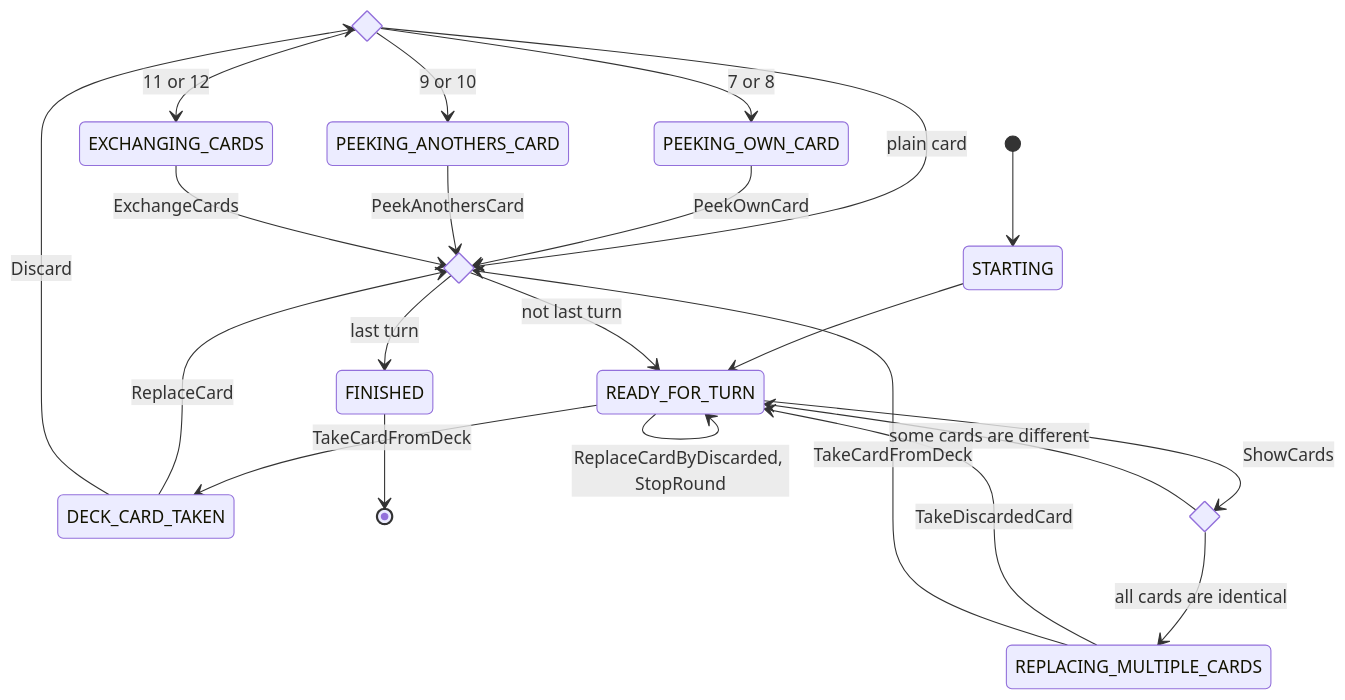
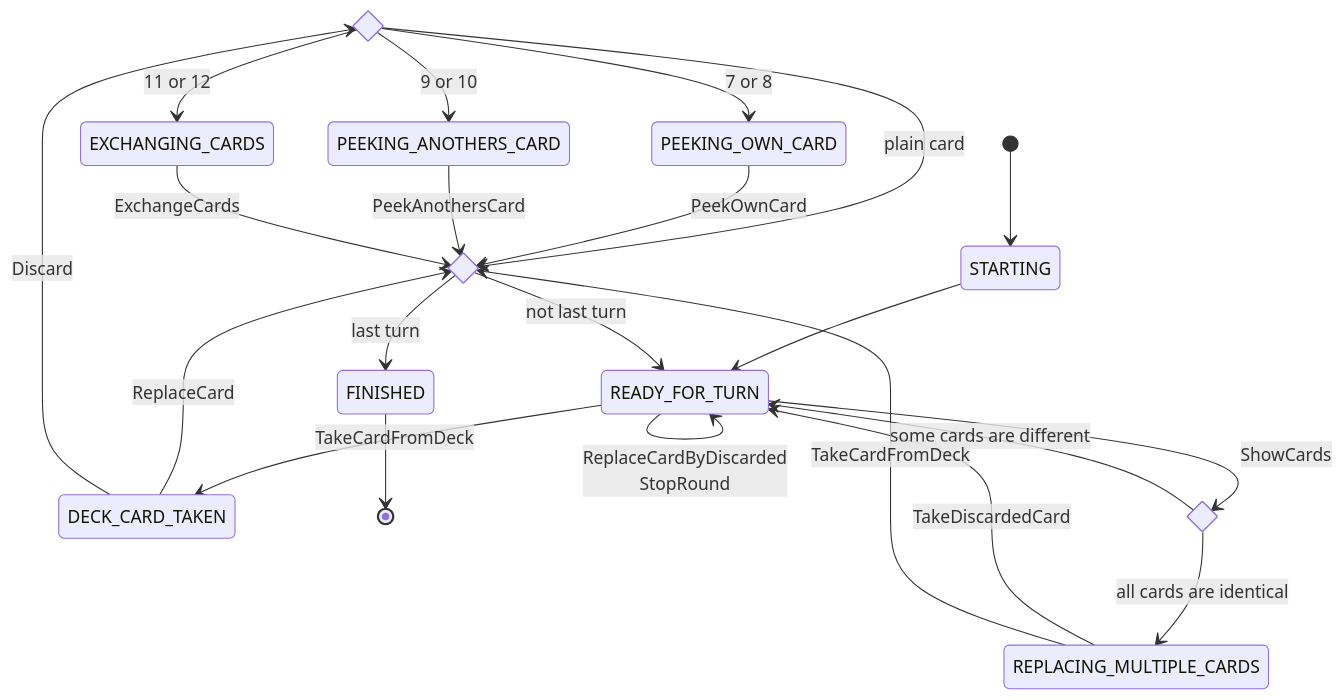
Before and after one commit to roman-zubarevich/another: the first of 15 diagrams in README.md, drawn with Mermaid.

Commit message:
adjust readme

````diff
--- a/README.md
+++ b/README.md
@@ -7,27 +7,27 @@
 ```mermaid
 stateDiagram-v2
     state discarded <<choice>>
     state showing_cards <<choice>>
     state turn_done <<choice>>
     [*] --> STARTING
     STARTING --> READY_FOR_TURN
     READY_FOR_TURN --> DECK_CARD_TAKEN: TakeCardFromDeck
-    READY_FOR_TURN --> READY_FOR_TURN: ReplaceCardByDiscarded, StopRound
+    READY_FOR_TURN --> READY_FOR_TURN: ReplaceCardByDiscarded<br/>StopRound
     READY_FOR_TURN --> showing_cards: ShowCards
     showing_cards --> REPLACING_MULTIPLE_CARDS: all cards are identical
     showing_cards --> READY_FOR_TURN: some cards are different
     DECK_CARD_TAKEN --> turn_done: ReplaceCard
     DECK_CARD_TAKEN --> discarded: Discard
     discarded --> turn_done: plain card
     discarded --> PEEKING_OWN_CARD: 7 or 8
     discarded --> PEEKING_ANOTHERS_CARD: 9 or 10
     discarded --> EXCHANGING_CARDS: 11 or 12
     REPLACING_MULTIPLE_CARDS --> READY_FOR_TURN: TakeDiscardedCard
     REPLACING_MULTIPLE_CARDS --> turn_done: TakeCardFromDeck
     PEEKING_OWN_CARD --> turn_done: PeekOwnCard
     PEEKING_ANOTHERS_CARD --> turn_done: PeekAnothersCard
     EXCHANGING_CARDS --> turn_done: ExchangeCards
     turn_done --> READY_FOR_TURN: not last turn
     turn_done --> FINISHED: last turn
     FINISHED --> [*]
 ```
````
